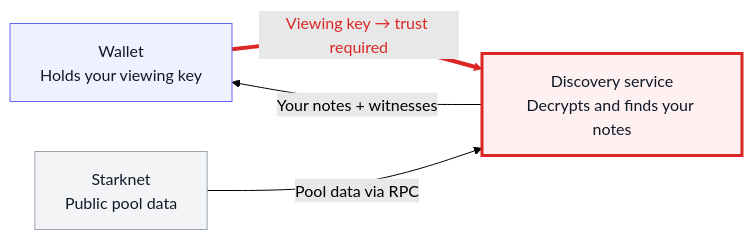
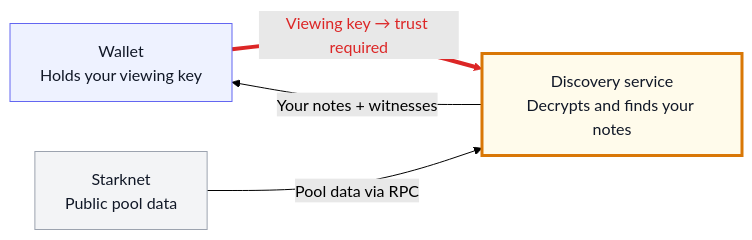
The first of 2 diagrams in docs/pitch.md (kfastov/strk20-indexer), drawn with Mermaid (forest theme) before and after one commit. The commit also changed 1 other file, not shown here.

Commit message:
Colour the discovery service amber, not red
Red on card 1 now marks only the path the viewing key travels: the edge,
the key badge, the question badge and the caption. The service itself
is an ordinary component the user has to trust, so it takes an amber
fill and stroke in both themes. The mermaid style line in pitch.md
follows the same change.

````diff
--- a/docs/pitch.md
+++ b/docs/pitch.md
@@ -19,13 +19,13 @@
 ```mermaid
 flowchart LR
     W["Wallet<br/>Holds your viewing key"]
     D["Discovery service<br/>Decrypts and finds your notes"]
     S["Starknet<br/>Public pool data"]
     W -->|"Viewing key → trust required"| D
     S -->|"Pool data via RPC"| D
     D -->|"Your notes + witnesses"| W
     style W fill:#eef2ff,stroke:#6366f1,color:#111827
-    style D fill:#fff1f2,stroke:#dc2626,stroke-width:3px,color:#111827
+    style D fill:#fffbeb,stroke:#d97706,stroke-width:3px,color:#111827
     style S fill:#f3f4f6,stroke:#9ca3af,color:#111827
     linkStyle 0 stroke:#dc2626,stroke-width:4px,color:#dc2626
 ```
````
